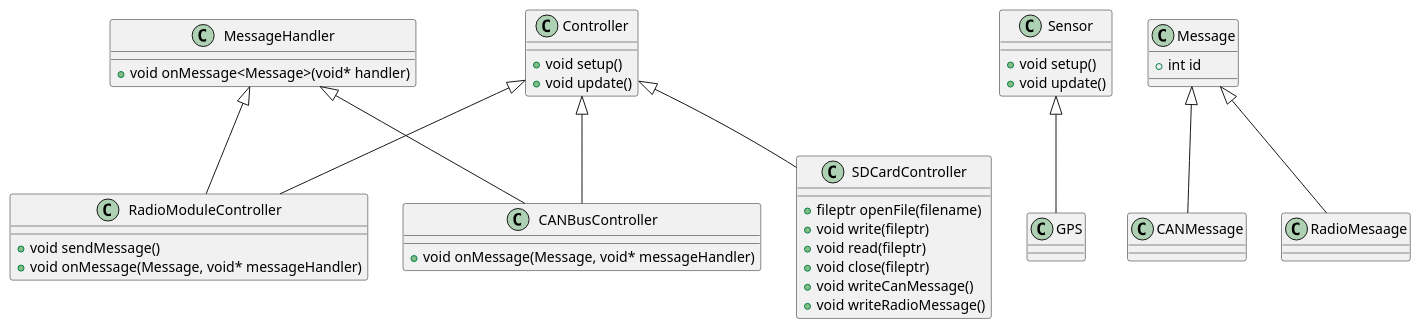
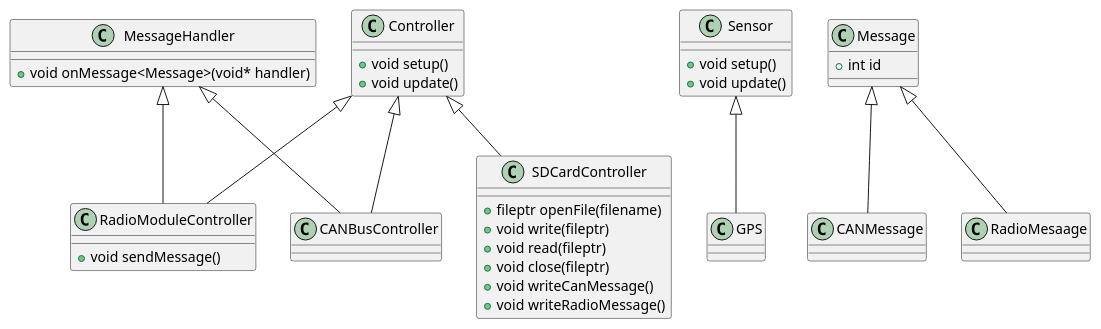
Before and after one commit to BYU-Baja/telemetry: the diagram in docs/classes.iuml, drawn with PlantUML.

Commit message:
upadted classes

```diff
--- a/docs/classes.iuml
+++ b/docs/classes.iuml
@@ -1,53 +1,51 @@
 @startuml Classes
 
 class Controller {
     + void setup()
     + void update()
 }
 
 class MessageHandler {
     + void onMessage<Message>(void* handler)
 }
 
 class Sensor {
     + void setup()
     + void update()
 }
 
 class CANBusController {
-    + void onMessage(Message, void* messageHandler)
 }
 
 class RadioModuleController {
     + void sendMessage()
-    + void onMessage(Message, void* messageHandler)
 }
 
 class SDCardController {
     + fileptr openFile(filename)
     + void write(fileptr)
     + void read(fileptr)
     + void close(fileptr)
     + void writeCanMessage()
     + void writeRadioMessage()
 }
 
 class Message {
     + int id
 }
 
 class CANMessage {}
 
 class RadioMesaage {}
 
 Sensor <|-- GPS 
 Message <|-- CANMessage
 Message <|-- RadioMesaage
 Controller <|-- CANBusController
 MessageHandler <|-- CANBusController
 Controller <|-- RadioModuleController
 MessageHandler <|-- RadioModuleController
 Controller <|-- SDCardController
 
 
 @enduml
```
